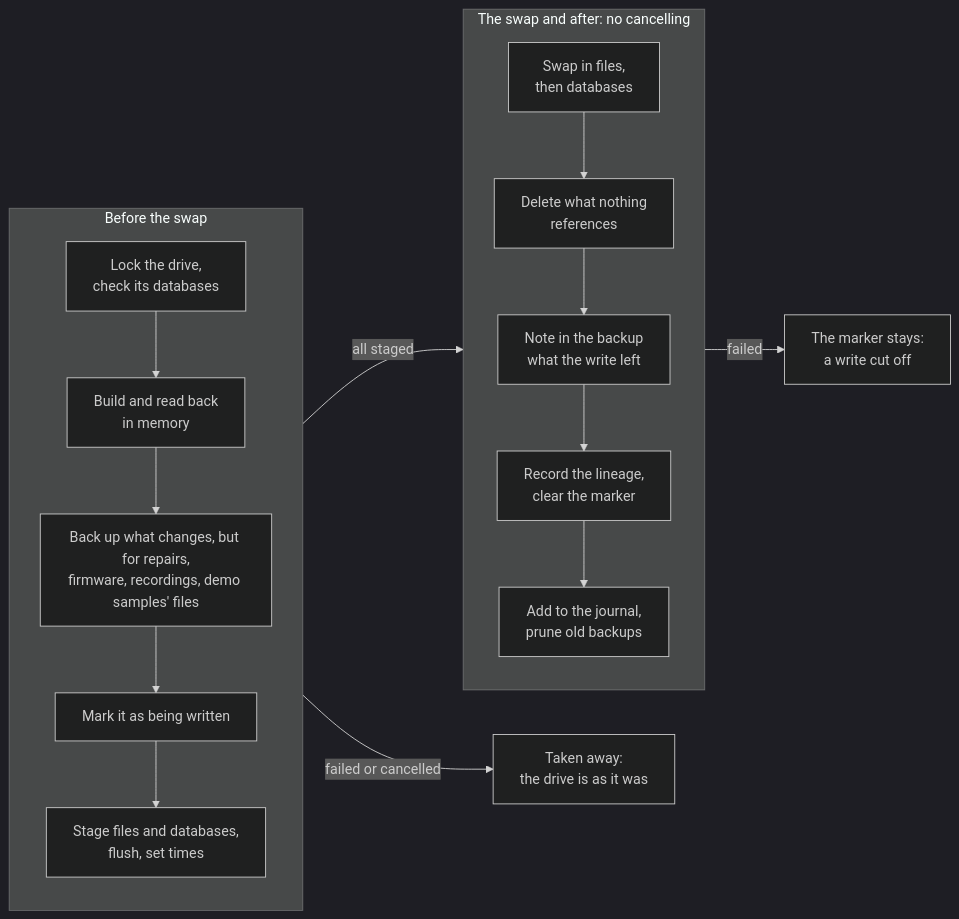
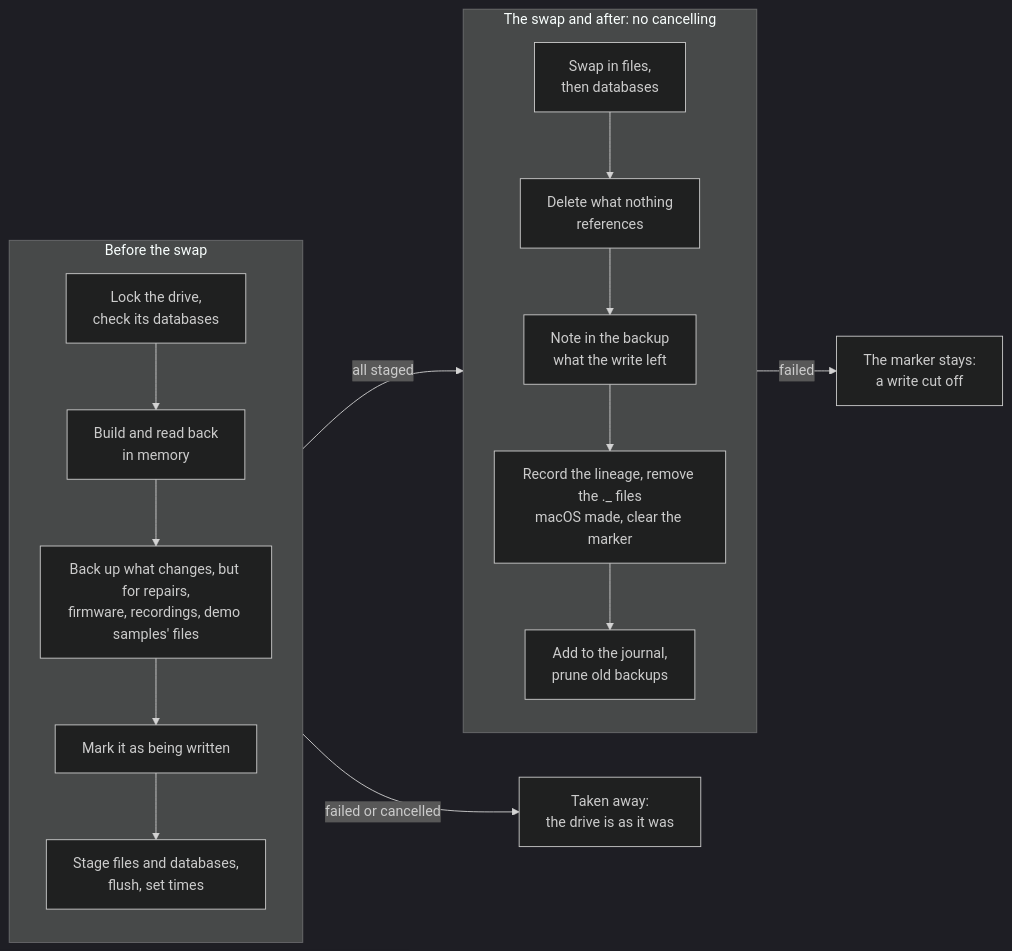
One commit to cutenode/localnetwork changed the third of 19 diagrams in apps/locallibrary/docs/diagrams/changing-drives.md. Above: the diagram before and after it, drawn with Mermaid (dark theme). The commit also changed other lines of this file and 13 other files, not shown here.

````diff
--- a/apps/locallibrary/docs/diagrams/changing-drives.md
+++ b/apps/locallibrary/docs/diagrams/changing-drives.md
@@ -91,20 +91,20 @@
 ```mermaid
 flowchart LR
     subgraph before["Before the swap"]
         direction TB
         lock["Lock the drive,<br/>check its databases"] --> build["Build and read back<br/>in memory"]
         build --> backup["Back up what changes, but for repairs,<br/>firmware, recordings, demo samples' files"]
         backup --> marker["Mark it as being written"]
         marker --> stage["Stage files and databases,<br/>flush, set times"]
     end
     subgraph after["The swap and after: no cancelling"]
         direction TB
         swap["Swap in files,<br/>then databases"] --> delete["Delete what nothing<br/>references"]
         delete --> seal["Note in the backup<br/>what the write left"]
-        seal --> lineage["Record the lineage,<br/>clear the marker"]
+        seal --> lineage["Record the lineage, remove the ._ files<br/>macOS made, clear the marker"]
         lineage --> journal["Add to the journal,<br/>prune old backups"]
     end
     before -->|"all staged"| after
     before -->|"failed or cancelled"| rollback["Taken away:<br/>the drive is as it was"]
     after -->|"failed"| cutoff["The marker stays:<br/>a write cut off"]
 ```
````
